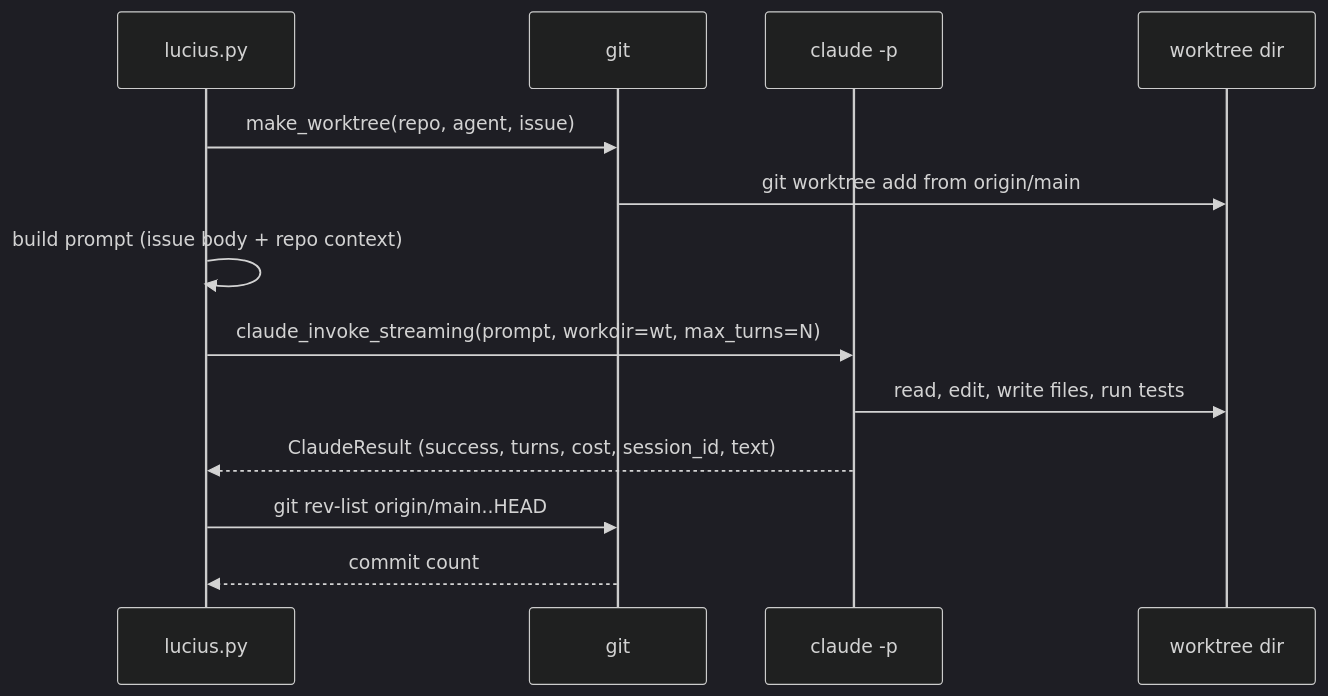
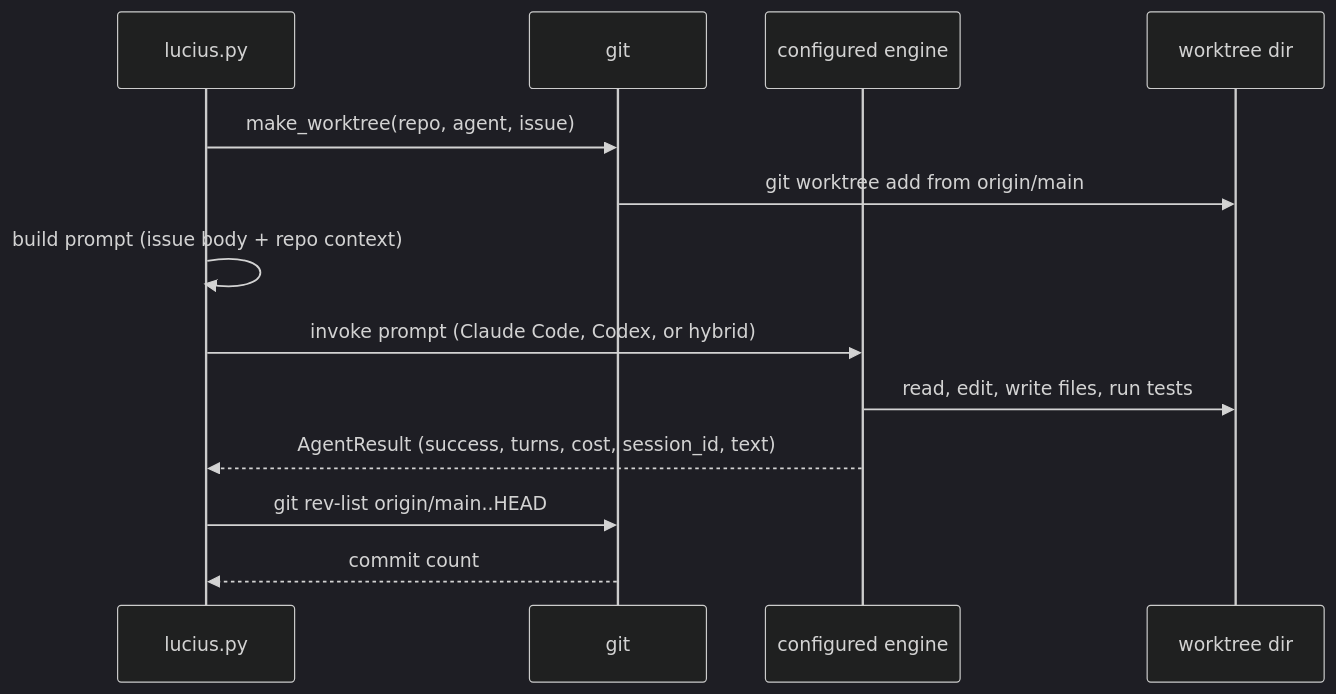
One commit to luminik-io/alfred-os changed the second of 2 diagrams in site/src/content/docs/concepts/how-it-works.md. Above: the diagram before and after it, drawn with Mermaid (dark theme). The commit also changed other lines of this file and 22 other files, not shown here.

````diff
--- a/site/src/content/docs/concepts/how-it-works.md
+++ b/site/src/content/docs/concepts/how-it-works.md
@@ -75,16 +75,16 @@
 ```mermaid
 sequenceDiagram
     participant runner as lucius.py
     participant git as git
-    participant claude as claude -p
+    participant engine as configured engine
     participant fs as worktree dir
 
     runner->>git: make_worktree(repo, agent, issue)
     git->>fs: git worktree add from origin/main
     runner->>runner: build prompt (issue body + repo context)
-    runner->>claude: claude_invoke_streaming(prompt, workdir=wt, max_turns=N)
-    claude->>fs: read, edit, write files, run tests
-    claude-->>runner: ClaudeResult (success, turns, cost, session_id, text)
+    runner->>engine: invoke prompt (Claude Code, Codex, or hybrid)
+    engine->>fs: read, edit, write files, run tests
+    engine-->>runner: AgentResult (success, turns, cost, session_id, text)
     runner->>git: git rev-list origin/main..HEAD
     git-->>runner: commit count
 ```
````
